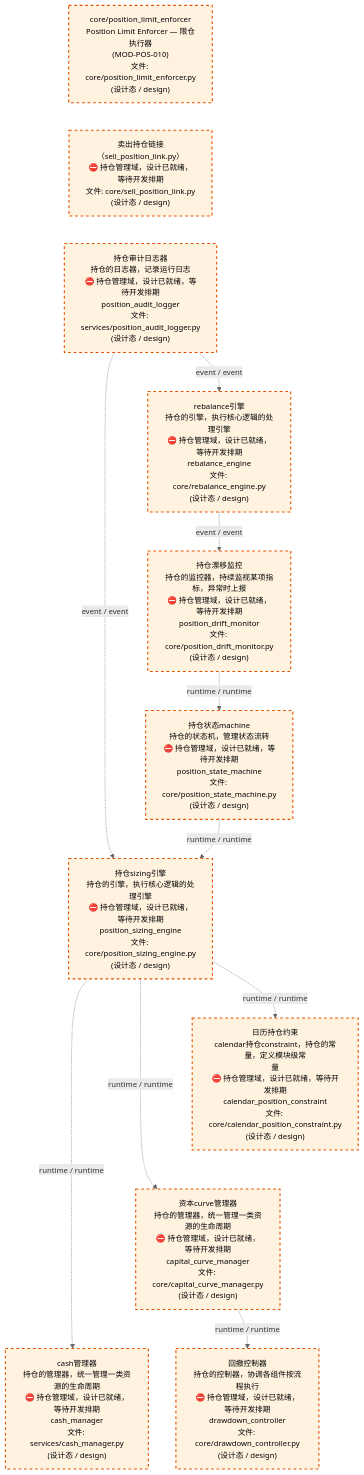
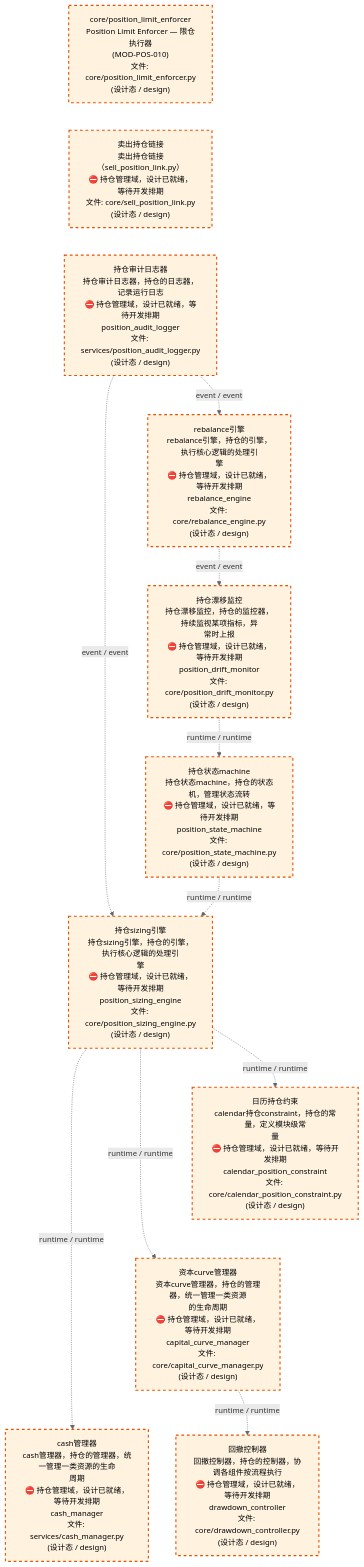
The third of 4 diagrams in docs/02_enterprise_architecture/02_domain_architecture_docs/64_d_position.md (xuanFelixVan/ZephyrAlpha), drawn with Mermaid before and after one commit. The commit also changed other lines of this file and 63 other files, not shown here.

````diff
--- a/docs/02_enterprise_architecture/02_domain_architecture_docs/64_d_position.md
+++ b/docs/02_enterprise_architecture/02_domain_architecture_docs/64_d_position.md
@@ -125,33 +125,33 @@
 ```mermaid
 %%{init: {'theme': 'base', 'themeVariables': {'primaryColor': '#eaeaea', 'primaryTextColor': '#333333', 'primaryBorderColor': '#666666', 'lineColor': '#666666', 'secondaryColor': '#eaeaea', 'tertiaryColor': '#eaeaea', 'fontSize': '14px'}}}%%
 flowchart TD
     src_zephyr_position_core_position_limit_enforcer_py["core/position_limit_enforcer<br/>Position Limit Enforcer — 限仓执行器<br/>(MOD-POS-010)<br/>文件: core/position_limit_enforcer.py<br/>(设计态 / design)"]
-    src_zephyr_position_core_sell_position_link_py["卖出持仓链接<br/>（sell_position_link.py）<br/>⛔ 持仓管理域，设计已就绪，等待开发排期<br/>文件: core/sell_position_link.py<br/>(设计态 / design)"]
-    src_zephyr_position_services_position_audit_logger_py["持仓审计日志器<br/>持仓的日志器，记录运行日志<br/>⛔ 持仓管理域，设计已就绪，等待开发排期<br/>position_audit_logger<br/>文件: services/position_audit_logger.py<br/>(设计态 / design)"]
+    src_zephyr_position_core_sell_position_link_py["卖出持仓链接<br/>卖出持仓链接（sell_position_link.py）<br/>⛔ 持仓管理域，设计已就绪，等待开发排期<br/>文件: core/sell_position_link.py<br/>(设计态 / design)"]
+    src_zephyr_position_services_position_audit_logger_py["持仓审计日志器<br/>持仓审计日志器，持仓的日志器，记录运行日志<br/>⛔ 持仓管理域，设计已就绪，等待开发排期<br/>position_audit_logger<br/>文件: services/position_audit_logger.py<br/>(设计态 / design)"]
     src_zephyr_position_core_position_limit_enforcer_py ~~~ src_zephyr_position_core_sell_position_link_py
     src_zephyr_position_core_sell_position_link_py ~~~ src_zephyr_position_services_position_audit_logger_py
-    src_zephyr_position_core_rebalance_engine_py["rebalance引擎<br/>持仓的引擎，执行核心逻辑的处理引擎<br/>⛔ 持仓管理域，设计已就绪，等待开发排期<br/>rebalance_engine<br/>文件: core/rebalance_engine.py<br/>(设计态 / design)"]
-    src_zephyr_position_core_position_drift_monitor_py["持仓漂移监控<br/>持仓的监控器，持续监视某项指标，异常时上报<br/>⛔ 持仓管理域，设计已就绪，等待开发排期<br/>position_drift_monitor<br/>文件: core/position_drift_monitor.py<br/>(设计态 / design)"]
-    src_zephyr_position_core_position_state_machine_py["持仓状态machine<br/>持仓的状态机，管理状态流转<br/>⛔ 持仓管理域，设计已就绪，等待开发排期<br/>position_state_machine<br/>文件: core/position_state_machine.py<br/>(设计态 / design)"]
-    src_zephyr_position_core_position_sizing_engine_py["持仓sizing引擎<br/>持仓的引擎，执行核心逻辑的处理引擎<br/>⛔ 持仓管理域，设计已就绪，等待开发排期<br/>position_sizing_engine<br/>文件: core/position_sizing_engine.py<br/>(设计态 / design)"]
+    src_zephyr_position_core_rebalance_engine_py["rebalance引擎<br/>rebalance引擎，持仓的引擎，执行核心逻辑的处理引<br/>擎<br/>⛔ 持仓管理域，设计已就绪，等待开发排期<br/>rebalance_engine<br/>文件: core/rebalance_engine.py<br/>(设计态 / design)"]
+    src_zephyr_position_core_position_drift_monitor_py["持仓漂移监控<br/>持仓漂移监控，持仓的监控器，持续监视某项指标，异<br/>常时上报<br/>⛔ 持仓管理域，设计已就绪，等待开发排期<br/>position_drift_monitor<br/>文件: core/position_drift_monitor.py<br/>(设计态 / design)"]
+    src_zephyr_position_core_position_state_machine_py["持仓状态machine<br/>持仓状态machine，持仓的状态机，管理状态流转<br/>⛔ 持仓管理域，设计已就绪，等待开发排期<br/>position_state_machine<br/>文件: core/position_state_machine.py<br/>(设计态 / design)"]
+    src_zephyr_position_core_position_sizing_engine_py["持仓sizing引擎<br/>持仓sizing引擎，持仓的引擎，执行核心逻辑的处理引<br/>擎<br/>⛔ 持仓管理域，设计已就绪，等待开发排期<br/>position_sizing_engine<br/>文件: core/position_sizing_engine.py<br/>(设计态 / design)"]
     src_zephyr_position_core_calendar_position_constraint_py["日历持仓约束<br/>calendar持仓constraint，持仓的常量，定义模块级常<br/>量<br/>⛔ 持仓管理域，设计已就绪，等待开发排期<br/>calendar_position_constraint<br/>文件: core/calendar_position_constraint.py<br/>(设计态 / design)"]
-    src_zephyr_position_core_capital_curve_manager_py["资本curve管理器<br/>持仓的管理器，统一管理一类资源的生命周期<br/>⛔ 持仓管理域，设计已就绪，等待开发排期<br/>capital_curve_manager<br/>文件: core/capital_curve_manager.py<br/>(设计态 / design)"]
-    src_zephyr_position_services_cash_manager_py["cash管理器<br/>持仓的管理器，统一管理一类资源的生命周期<br/>⛔ 持仓管理域，设计已就绪，等待开发排期<br/>cash_manager<br/>文件: services/cash_manager.py<br/>(设计态 / design)"]
+    src_zephyr_position_core_capital_curve_manager_py["资本curve管理器<br/>资本curve管理器，持仓的管理器，统一管理一类资源<br/>的生命周期<br/>⛔ 持仓管理域，设计已就绪，等待开发排期<br/>capital_curve_manager<br/>文件: core/capital_curve_manager.py<br/>(设计态 / design)"]
+    src_zephyr_position_services_cash_manager_py["cash管理器<br/>cash管理器，持仓的管理器，统一管理一类资源的生命<br/>周期<br/>⛔ 持仓管理域，设计已就绪，等待开发排期<br/>cash_manager<br/>文件: services/cash_manager.py<br/>(设计态 / design)"]
     src_zephyr_position_core_calendar_position_constraint_py ~~~ src_zephyr_position_core_capital_curve_manager_py
     src_zephyr_position_core_capital_curve_manager_py ~~~ src_zephyr_position_services_cash_manager_py
-    src_zephyr_position_core_drawdown_controller_py["回撤控制器<br/>持仓的控制器，协调各组件按流程执行<br/>⛔ 持仓管理域，设计已就绪，等待开发排期<br/>drawdown_controller<br/>文件: core/drawdown_controller.py<br/>(设计态 / design)"]
+    src_zephyr_position_core_drawdown_controller_py["回撤控制器<br/>回撤控制器，持仓的控制器，协调各组件按流程执行<br/>⛔ 持仓管理域，设计已就绪，等待开发排期<br/>drawdown_controller<br/>文件: core/drawdown_controller.py<br/>(设计态 / design)"]
     src_zephyr_position_core_position_sizing_engine_py -.->|runtime / runtime| src_zephyr_position_services_cash_manager_py
     src_zephyr_position_core_position_sizing_engine_py -.->|runtime / runtime| src_zephyr_position_core_capital_curve_manager_py
     src_zephyr_position_core_position_sizing_engine_py -.->|runtime / runtime| src_zephyr_position_core_calendar_position_constraint_py
     src_zephyr_position_core_position_state_machine_py -.->|runtime / runtime| src_zephyr_position_core_position_sizing_engine_py
     src_zephyr_position_core_position_drift_monitor_py -.->|runtime / runtime| src_zephyr_position_core_position_state_machine_py
     src_zephyr_position_core_rebalance_engine_py -.->|event / event| src_zephyr_position_core_position_drift_monitor_py
     src_zephyr_position_core_capital_curve_manager_py -.->|runtime / runtime| src_zephyr_position_core_drawdown_controller_py
     src_zephyr_position_services_position_audit_logger_py -.->|event / event| src_zephyr_position_core_position_sizing_engine_py
     src_zephyr_position_services_position_audit_logger_py -.->|event / event| src_zephyr_position_core_rebalance_engine_py
     classDef production fill:#e1f5fe,stroke:#01579b,stroke-width:2px,color:#000
     classDef design fill:#fff3e0,stroke:#e65100,stroke-width:2px,color:#000,stroke-dasharray: 5 5
     classDef external_prod fill:#e8f4fd,stroke:#0277bd,stroke-width:1px,color:#000
     classDef external_design fill:#fff8e7,stroke:#ef6c00,stroke-width:1px,color:#000,stroke-dasharray: 5 5
     class src_zephyr_position_core_calendar_position_constraint_py,src_zephyr_position_core_capital_curve_manager_py,src_zephyr_position_core_drawdown_controller_py,src_zephyr_position_core_position_drift_monitor_py,src_zephyr_position_core_position_limit_enforcer_py,src_zephyr_position_core_position_sizing_engine_py,src_zephyr_position_core_position_state_machine_py,src_zephyr_position_core_rebalance_engine_py,src_zephyr_position_core_sell_position_link_py,src_zephyr_position_services_cash_manager_py,src_zephyr_position_services_position_audit_logger_py design
 ```
````
